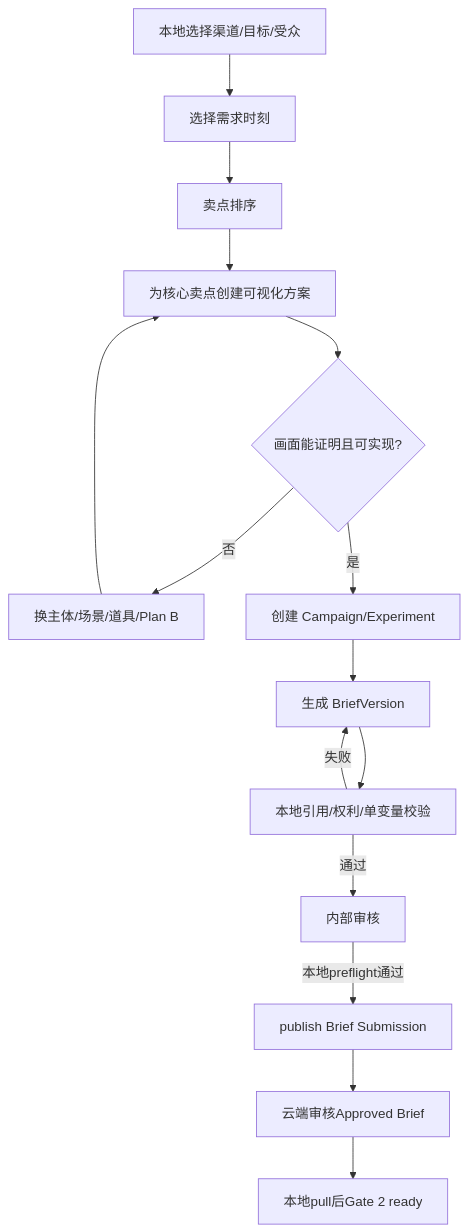
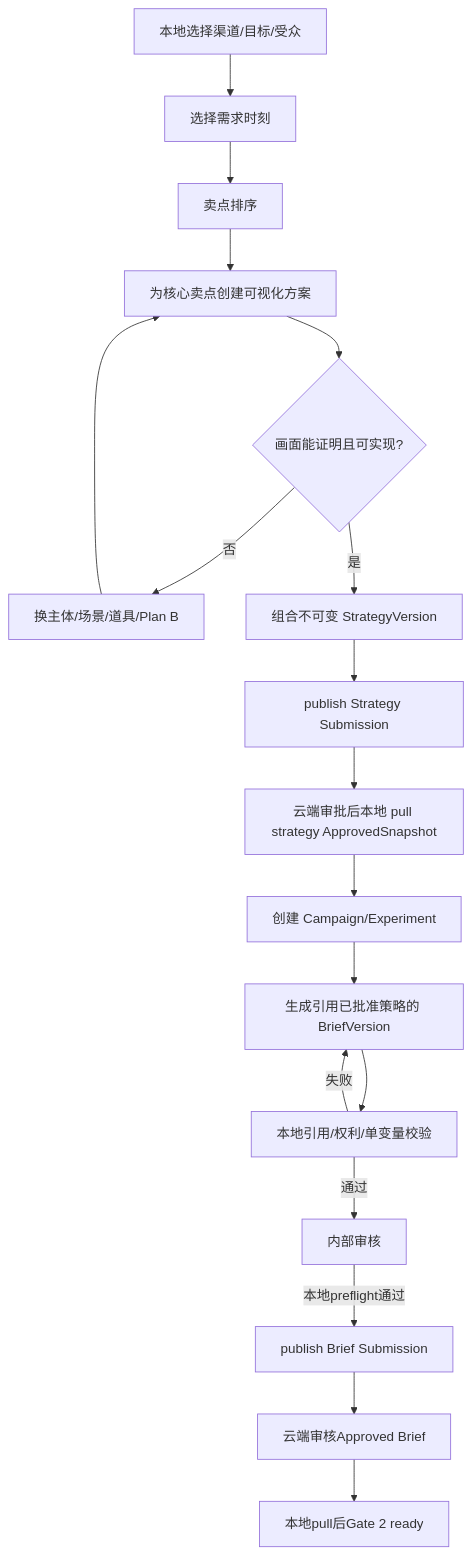
One commit to limecloud/contentcloud changed the sixth of 13 diagrams in docs/roadmap/v2/04-business-workflows.md. Above: the diagram before and after it, drawn with Mermaid. The commit also changed other lines of this file and 76 other files, not shown here.

````diff
--- a/docs/roadmap/v2/04-business-workflows.md
+++ b/docs/roadmap/v2/04-business-workflows.md
@@ -126,17 +126,20 @@
 ```mermaid
 flowchart TB
     A[本地选择渠道/目标/受众] --> B[选择需求时刻]
     B --> C[卖点排序]
     C --> D[为核心卖点创建可视化方案]
     D --> E{画面能证明且可实现?}
     E -- 否 --> F[换主体/场景/道具/Plan B]
     F --> D
-    E -- 是 --> G[创建 Campaign/Experiment]
-    G --> H[生成 BriefVersion]
+    E -- 是 --> S1[组合不可变 StrategyVersion]
+    S1 --> S2[publish Strategy Submission]
+    S2 --> S3[云端审批后本地 pull strategy ApprovedSnapshot]
+    S3 --> G[创建 Campaign/Experiment]
+    G --> H[生成引用已批准策略的 BriefVersion]
     H --> I[本地引用/权利/单变量校验]
     I -- 失败 --> H
     I -- 通过 --> J[内部审核]
     J -- 本地preflight通过 --> K[publish Brief Submission]
     K --> L[云端审核Approved Brief]
     L --> M[本地pull后Gate 2 ready]
 ```
````
